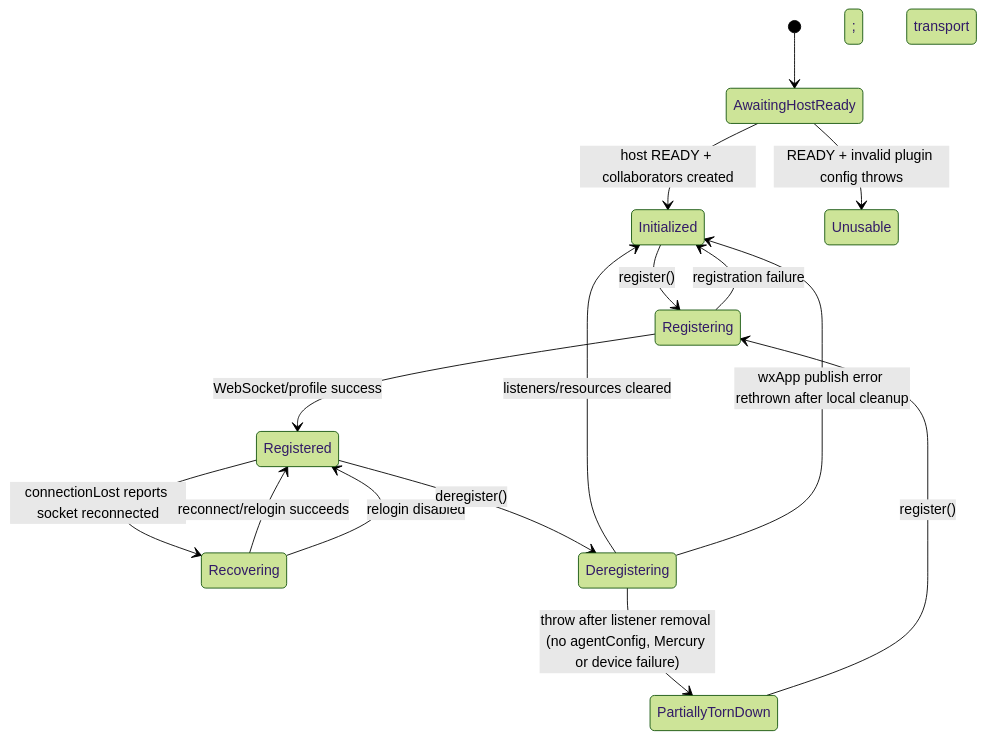
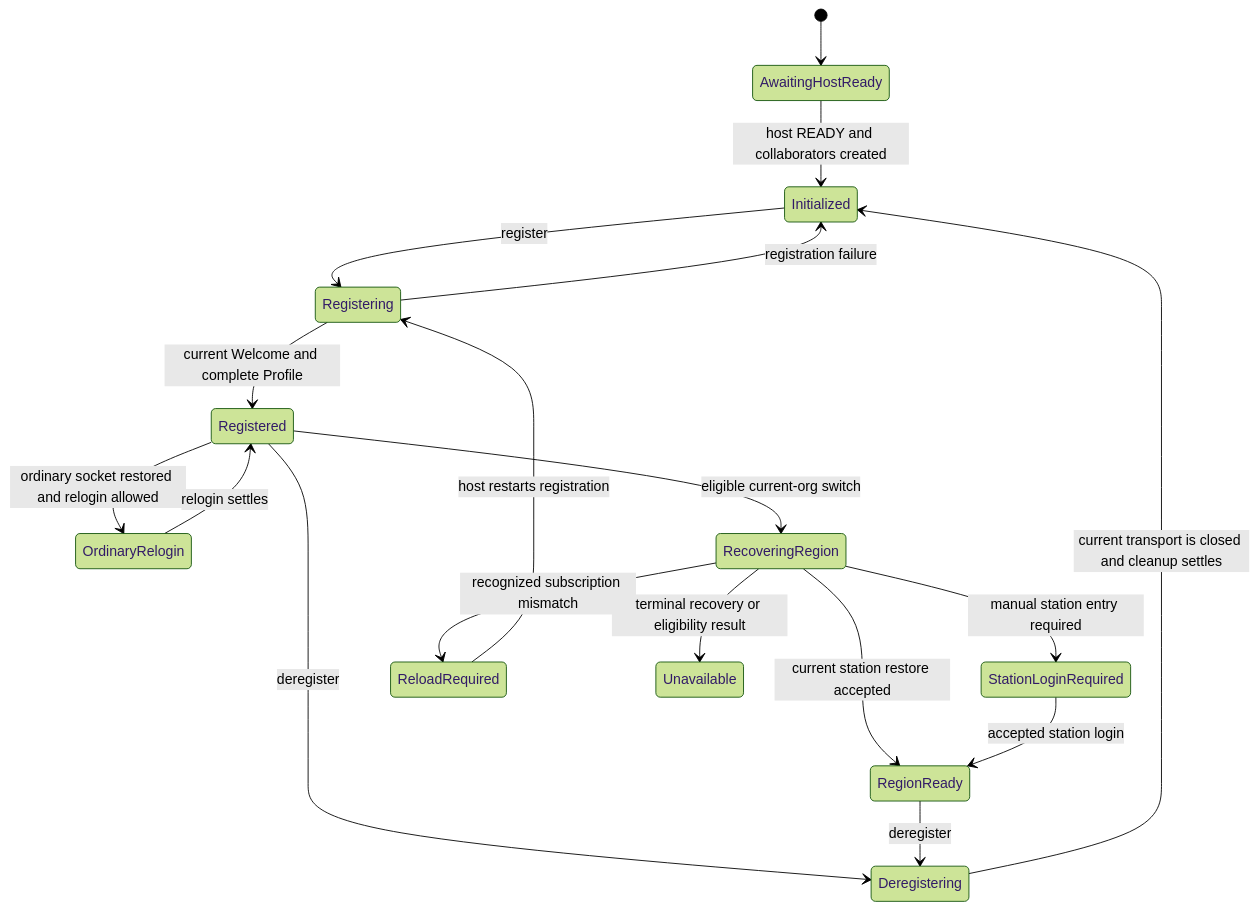
The ninth of 9 diagrams in packages/@webex/contact-center/src/docs/README.md (webex/webex-js-sdk), drawn with Mermaid (forest theme) before and after one commit. The commit also changed other lines of this file and 73 other files, not shown here.

Commit message:
feat(contact-center): implement multi-region recovery

````diff
--- a/packages/@webex/contact-center/src/docs/README.md
+++ b/packages/@webex/contact-center/src/docs/README.md
@@ -592,17 +612,20 @@
 ```mermaid
 stateDiagram-v2
   [*] --> AwaitingHostReady
-  AwaitingHostReady --> Initialized: host READY + collaborators created
-  AwaitingHostReady --> Unusable: READY + invalid plugin config throws
-  Initialized --> Registering: register()
-  Registering --> Registered: WebSocket/profile success
+  AwaitingHostReady --> Initialized: host READY and collaborators created
+  Initialized --> Registering: register
+  Registering --> Registered: current Welcome and complete Profile
   Registering --> Initialized: registration failure
-  Registered --> Recovering: connectionLost reports socket reconnected
-  Recovering --> Registered: reconnect/relogin succeeds
-  Recovering --> Registered: relogin disabled; transport state reported
-  Registered --> Deregistering: deregister()
-  Deregistering --> Initialized: listeners/resources cleared
-  Deregistering --> Initialized: wxApp publish error rethrown after local cleanup
-  Deregistering --> PartiallyTornDown: throw after listener removal (no agentConfig, Mercury or device failure)
-  PartiallyTornDown --> Registering: register()
+  Registered --> OrdinaryRelogin: ordinary socket restored and relogin allowed
+  OrdinaryRelogin --> Registered: relogin settles
+  Registered --> RecoveringRegion: eligible current-org switch
+  RecoveringRegion --> RegionReady: current station restore accepted
+  RecoveringRegion --> StationLoginRequired: manual station entry required
+  RecoveringRegion --> ReloadRequired: recognized subscription mismatch
+  RecoveringRegion --> Unavailable: terminal recovery or eligibility result
+  StationLoginRequired --> RegionReady: accepted station login
+  ReloadRequired --> Registering: host restarts registration
+  Registered --> Deregistering: deregister
+  RegionReady --> Deregistering: deregister
+  Deregistering --> Initialized: current transport is closed and cleanup settles
 ```
````
